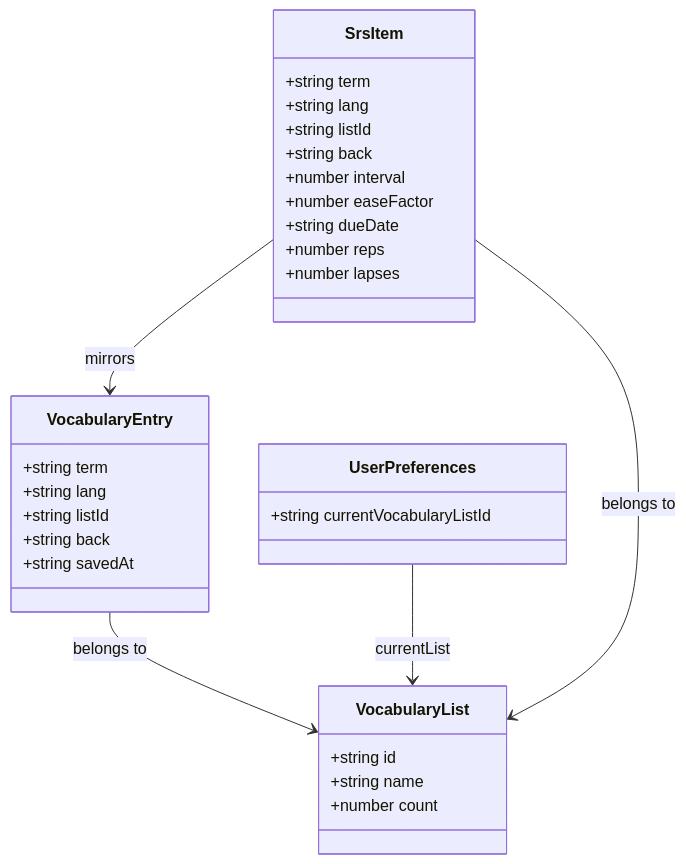
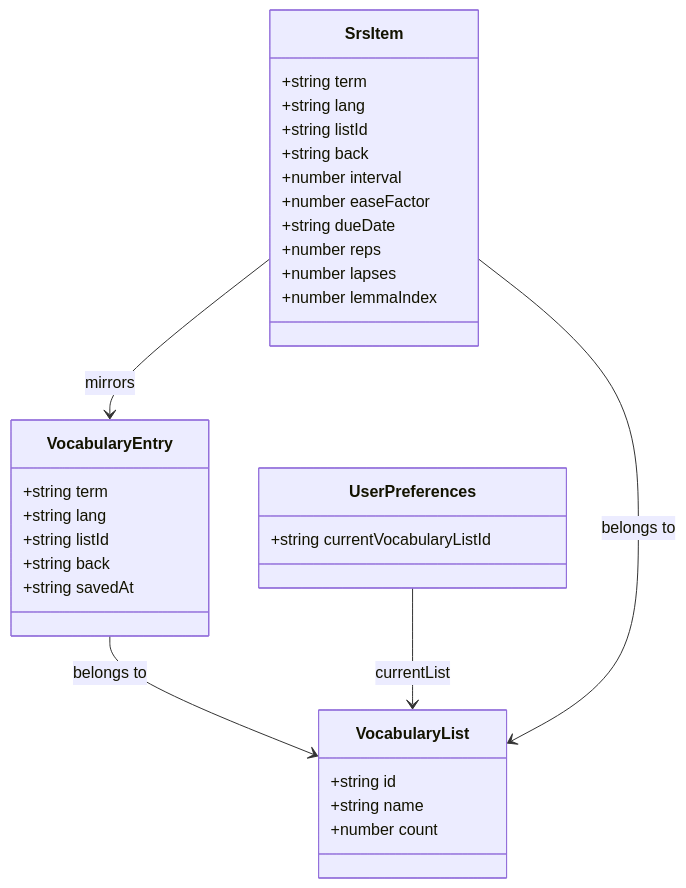
One commit to remarcmij/taalwiz-mono changed diagram 17 of 18 in apps/web/ARCHITECTURE.md. Above: the diagram before and after it, drawn with Mermaid. The commit also changed other lines of this file and 1 other file, not shown here.

First line of the commit message:
docs(srs): document the lemma-index override

````diff
--- a/apps/web/ARCHITECTURE.md
+++ b/apps/web/ARCHITECTURE.md
@@ -645,37 +651,38 @@
 ```mermaid
 classDiagram
     class VocabularyList {
         +string id
         +string name
         +number count
     }
 
     class VocabularyEntry {
         +string term
         +string lang
         +string listId
         +string back
         +string savedAt
     }
 
     class UserPreferences {
         +string currentVocabularyListId
     }
 
     class SrsItem {
         +string term
         +string lang
         +string listId
         +string back
         +number interval
         +number easeFactor
         +string dueDate
         +number reps
         +number lapses
+        +number lemmaIndex
     }
 
     VocabularyEntry --> VocabularyList : belongs to
     UserPreferences --> VocabularyList : currentList
     SrsItem --> VocabularyList : belongs to
     SrsItem --> VocabularyEntry : mirrors
 ```
````
